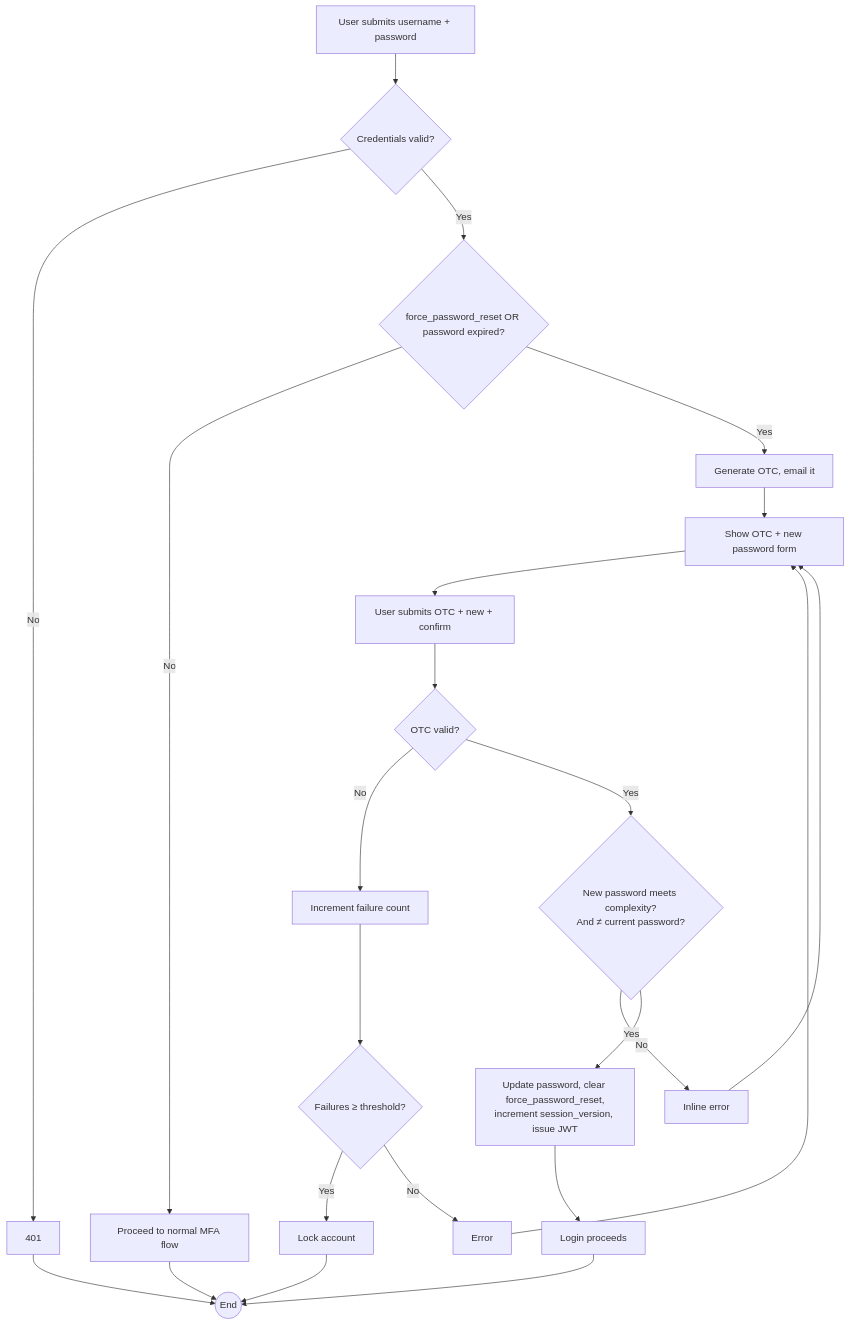
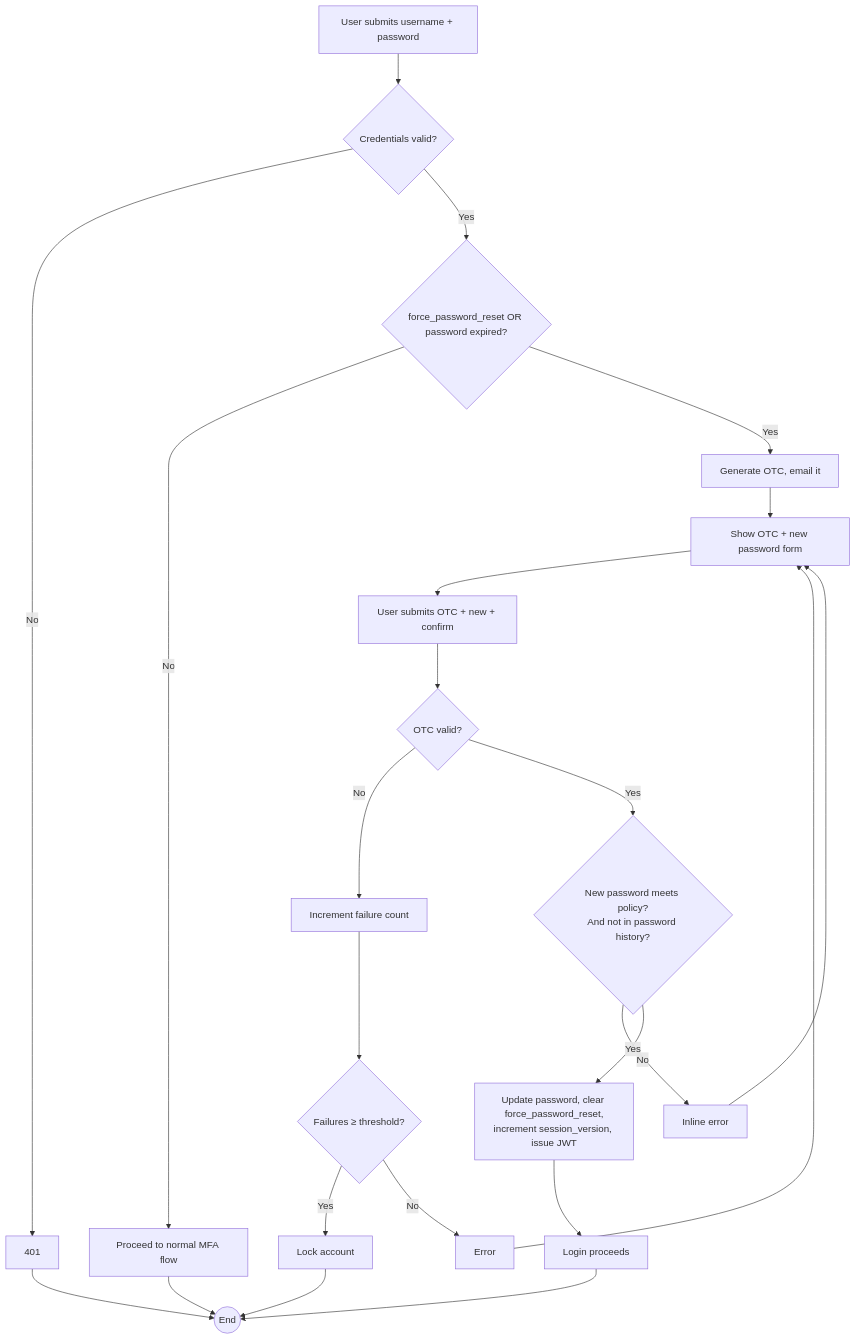
One commit to ruthvikchandravanam/Nexus-CA changed the diagram in Docs/1-Requirements/Workflows/WF-012-force-password-reset.md. Above: the diagram before and after it, drawn with Mermaid. The commit also changed other lines of this file and 33 other files, not shown here.

````diff
--- a/Docs/1-Requirements/Workflows/WF-012-force-password-reset.md
+++ b/Docs/1-Requirements/Workflows/WF-012-force-password-reset.md
@@ -20,19 +20,19 @@
 ```mermaid
 flowchart TD
     A[User submits username + password] --> B{Credentials valid?}
     B -- No --> B1[401] --> Z((End))
     B -- Yes --> C{force_password_reset OR password expired?}
     C -- No --> C1[Proceed to normal MFA flow] --> Z
     C -- Yes --> D[Generate OTC, email it]
     D --> E[Show OTC + new password form]
     E --> F[User submits OTC + new + confirm]
     F --> G{OTC valid?}
     G -- No --> G1[Increment failure count] --> G2{Failures ≥ threshold?}
     G2 -- Yes --> G3[Lock account] --> Z
     G2 -- No --> G4[Error] --> E
-    G -- Yes --> H{New password meets complexity?<br/>And ≠ current password?}
+    G -- Yes --> H{New password meets policy?<br/>And not in password history?}
     H -- No --> H1[Inline error] --> E
     H -- Yes --> I[Update password, clear force_password_reset,<br/>increment session_version, issue JWT]
     I --> J[Login proceeds]
     J --> Z
 ```
````
